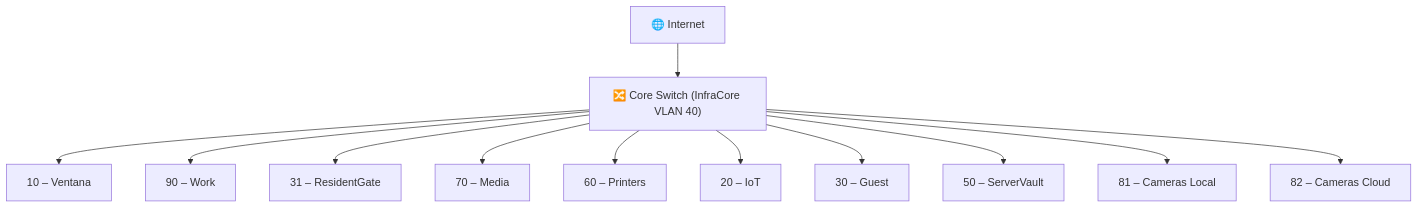
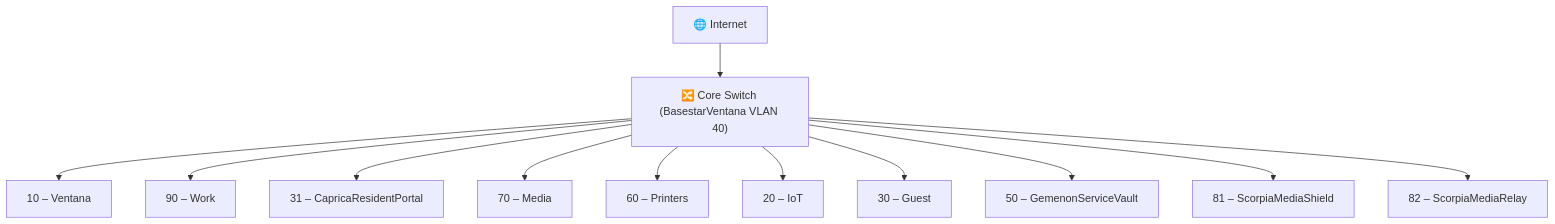
Before and after one commit to th3Wheel/Battlestar-Ventana-Network-Blueprint: the third of 3 diagrams in docs/firewall-matrix.md, drawn with Mermaid. The commit also changed other lines of this file and 9 other files, not shown here.

````diff
--- a/docs/firewall-matrix.md
+++ b/docs/firewall-matrix.md
@@ -212,29 +212,29 @@
 ```mermaid
 flowchart TB
     Internet["🌐 Internet"]
-    Switch["🔀 Core Switch (InfraCore VLAN 40)"]
+    Switch["🔀 Core Switch (BasestarVentana VLAN 40)"]
 
     V10["10 – Ventana"]
     V90["90 – Work"]
-    V31["31 – ResidentGate"]
+    V31["31 – CapricaResidentPortal"]
     V70["70 – Media"]
     V60["60 – Printers"]
     V20["20 – IoT"]
     V30["30 – Guest"]
-    V50["50 – ServerVault"]
-    V81["81 – Cameras Local"]
-    V82["82 – Cameras Cloud"]
+    V50["50 – GemenonServiceVault"]
+    V81["81 – ScorpiaMediaShield"]
+    V82["82 – ScorpiaMediaRelay"]
 
     Internet --> Switch
     Switch --> V10
     Switch --> V90
     Switch --> V31
     Switch --> V70
     Switch --> V60
     Switch --> V20
     Switch --> V30
     Switch --> V50
     Switch --> V81
     Switch --> V82
-    
+
 ```
````
